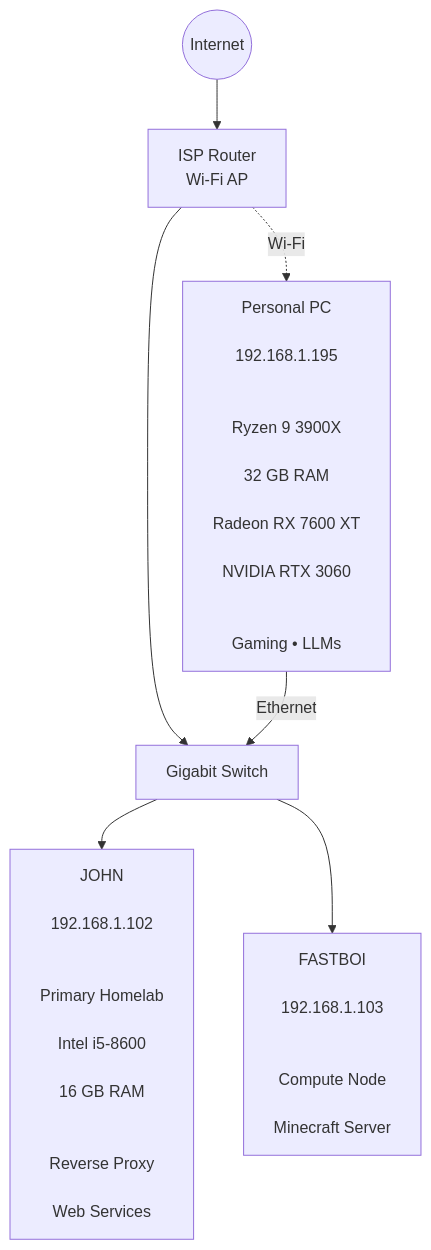
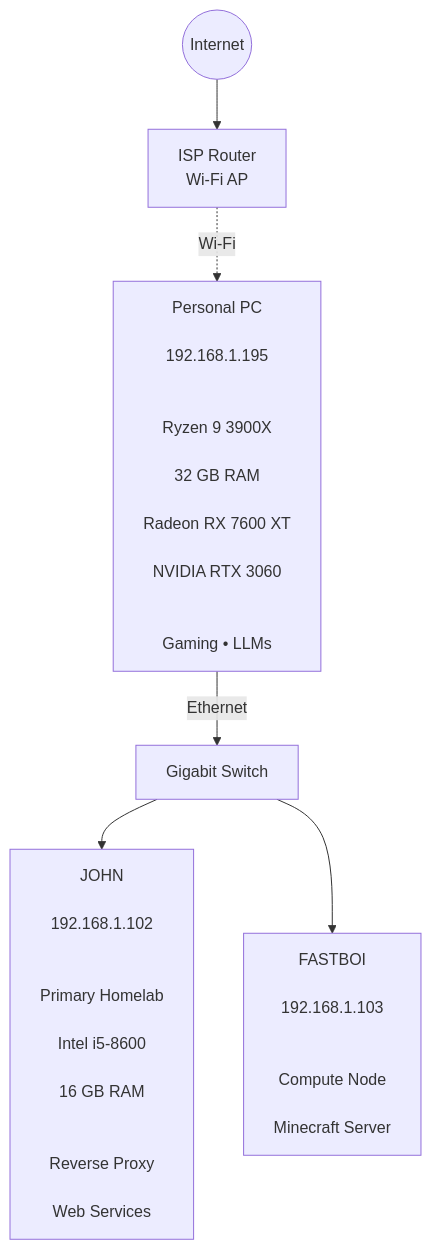
One commit to IronRocket/homelab changed the diagram in README.md. Above: the diagram before and after it, drawn with Mermaid.

````diff
--- a/README.md
+++ b/README.md
@@ -3,37 +3,36 @@
 ```mermaid
 flowchart TB
     Internet((Internet))
 
     Router["ISP Router<br/>Wi-Fi AP"]
 
     Switch["Gigabit Switch"]
 
     PC["Personal PC<br/>
     192.168.1.195<br/><br/>
     Ryzen 9 3900X<br/>
     32 GB RAM<br/>
     Radeon RX 7600 XT<br/>
     NVIDIA RTX 3060<br/><br/>
     Gaming • LLMs"]
 
     JOHN["JOHN<br/>
     192.168.1.102<br/><br/>
     Primary Homelab<br/>
     Intel i5-8600<br/>
     16 GB RAM<br/><br/>
     Reverse Proxy<br/>
     Web Services"]
 
     FAST["FASTBOI<br/>
     192.168.1.103<br/><br/>
     Compute Node<br/>
     Minecraft Server"]
 
     Internet --> Router
-    Router --> Switch
     Router -. Wi-Fi .-> PC
     PC -->|Ethernet| Switch
 
     Switch --> JOHN
     Switch --> FAST
 ```
````
